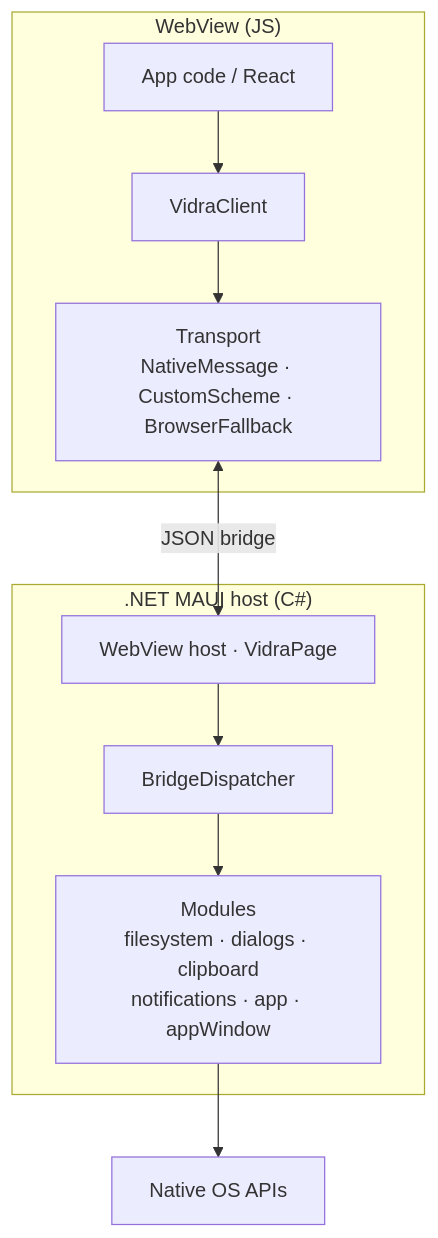
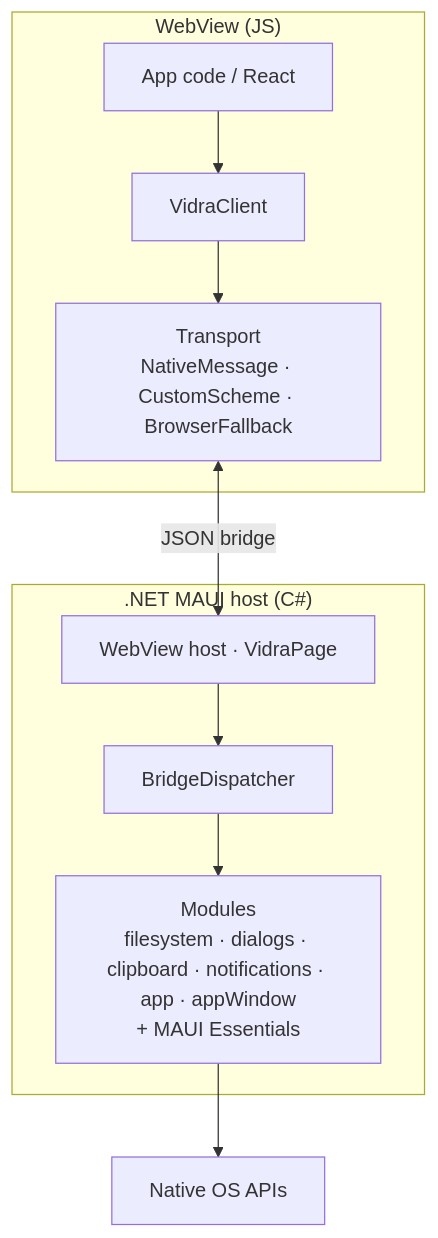
Before and after one commit to rzamfiriu/vidra: the diagram in docs/architecture.md, drawn with Mermaid. The commit also changed other lines of this file and 64 other files, not shown here.

Commit message:
Wrap MAUI essentials

````diff
--- a/docs/architecture.md
+++ b/docs/architecture.md
@@ -7,21 +7,21 @@
 ```mermaid
 flowchart TB
     subgraph WEB["WebView (JS)"]
         APP["App code / React"]
         CLIENT["VidraClient"]
         TRANSPORT["Transport<br/>NativeMessage · CustomScheme · BrowserFallback"]
         APP --> CLIENT --> TRANSPORT
     end
 
     subgraph NET[".NET MAUI host (C#)"]
         HOSTWV["WebView host · VidraPage"]
         DISP["BridgeDispatcher"]
-        MODS["Modules<br/>filesystem · dialogs · clipboard<br/>notifications · app · appWindow"]
+        MODS["Modules<br/>filesystem · dialogs · clipboard · notifications · app · appWindow<br/>+ MAUI Essentials"]
         HOSTWV --> DISP --> MODS
     end
 
     OS["Native OS APIs"]
 
     TRANSPORT <-->|"JSON bridge"| HOSTWV
     MODS --> OS
 ```
````
